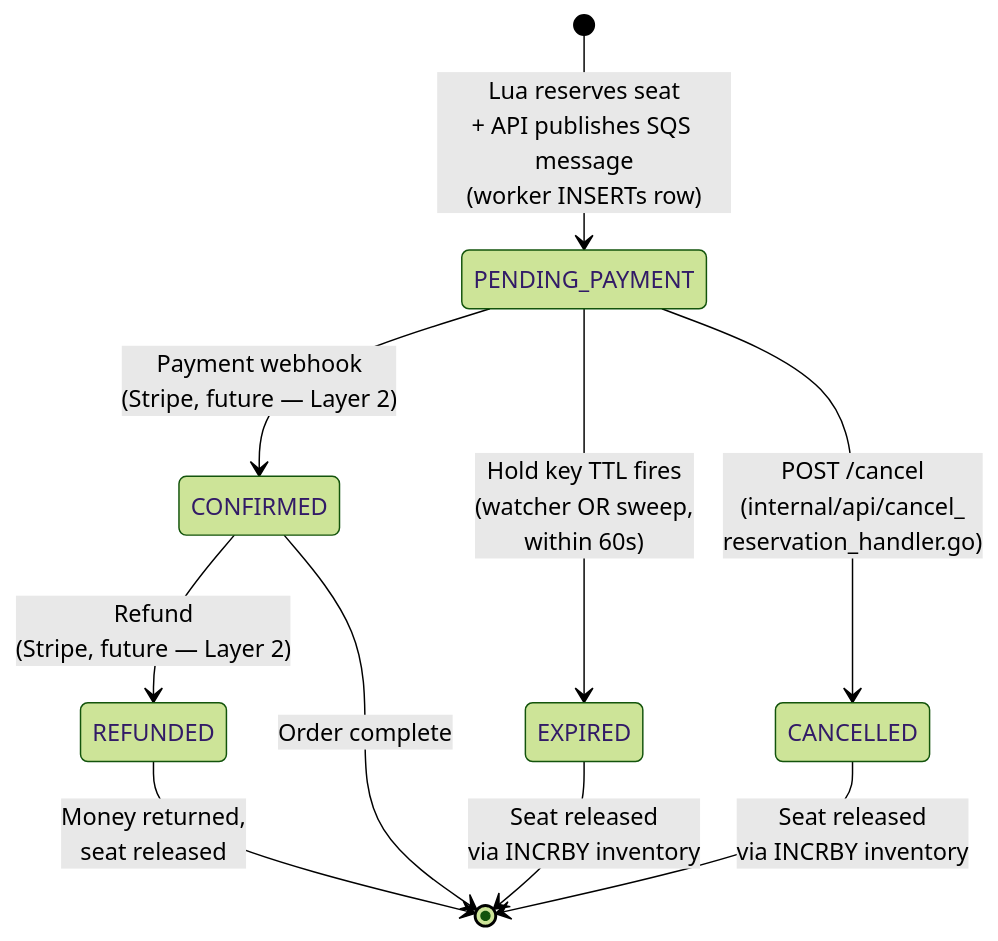
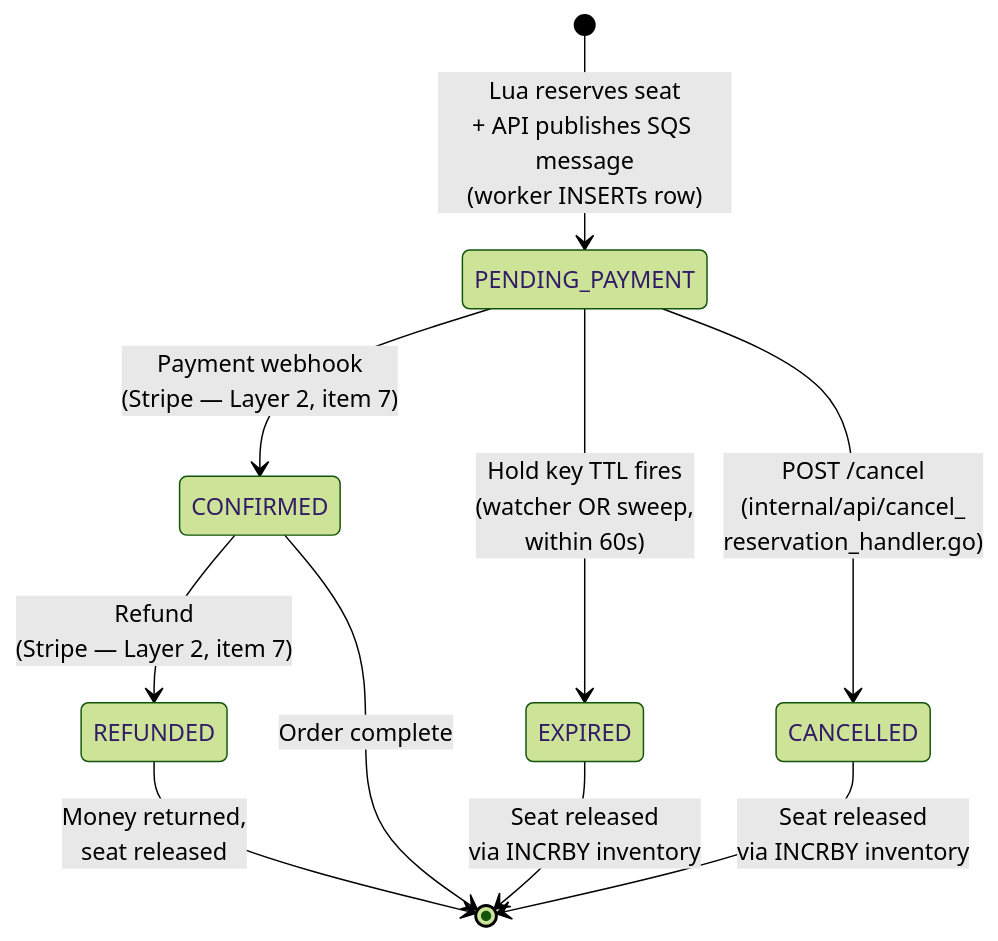
One commit to emmitt-k/ticket-deal changed the ninth of 14 diagrams in docs/architecture.md. Above: the diagram before and after it, drawn with Mermaid (forest theme). The commit also changed other lines of this file, not shown here.

First line of the commit message:
docs(architecture): explain how Stripe fits into the architecture

````diff
--- a/docs/architecture.md
+++ b/docs/architecture.md
@@ -541,14 +567,14 @@
 ```mermaid
 stateDiagram-v2
     [*] --> PENDING_PAYMENT: Lua reserves seat<br/>+ API publishes SQS message<br/>(worker INSERTs row)
 
-    PENDING_PAYMENT --> CONFIRMED: Payment webhook<br/>(Stripe, future — Layer 2)
+    PENDING_PAYMENT --> CONFIRMED: Payment webhook<br/>(Stripe — Layer 2, item 7)
     PENDING_PAYMENT --> EXPIRED: Hold key TTL fires<br/>(watcher OR sweep,<br/>within 60s)
     PENDING_PAYMENT --> CANCELLED: POST /cancel<br/>(internal/api/cancel_<br/>reservation_handler.go)
-    CONFIRMED --> REFUNDED: Refund<br/>(Stripe, future — Layer 2)
+    CONFIRMED --> REFUNDED: Refund<br/>(Stripe — Layer 2, item 7)
 
     CONFIRMED --> [*]: Order complete
     EXPIRED --> [*]: Seat released<br/>via INCRBY inventory
     CANCELLED --> [*]: Seat released<br/>via INCRBY inventory
     REFUNDED --> [*]: Money returned,<br/>seat released
 ```
````
